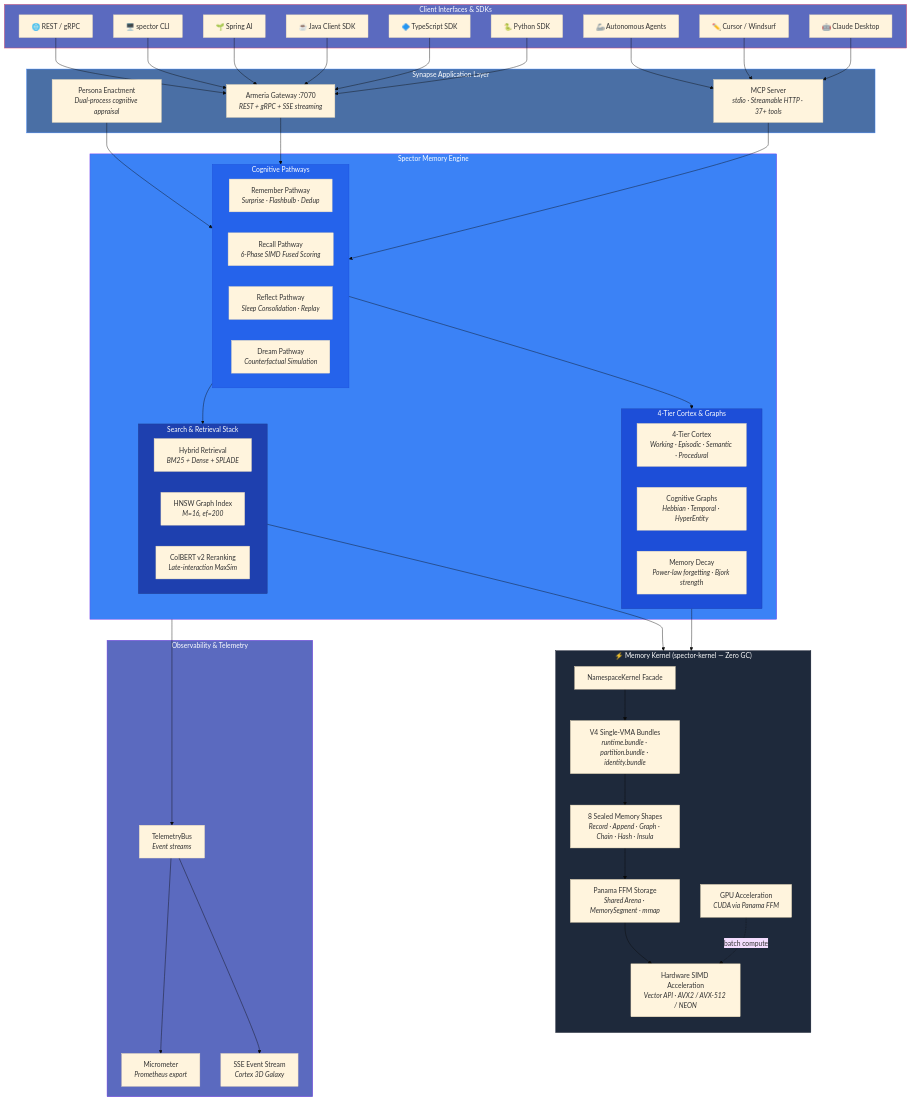
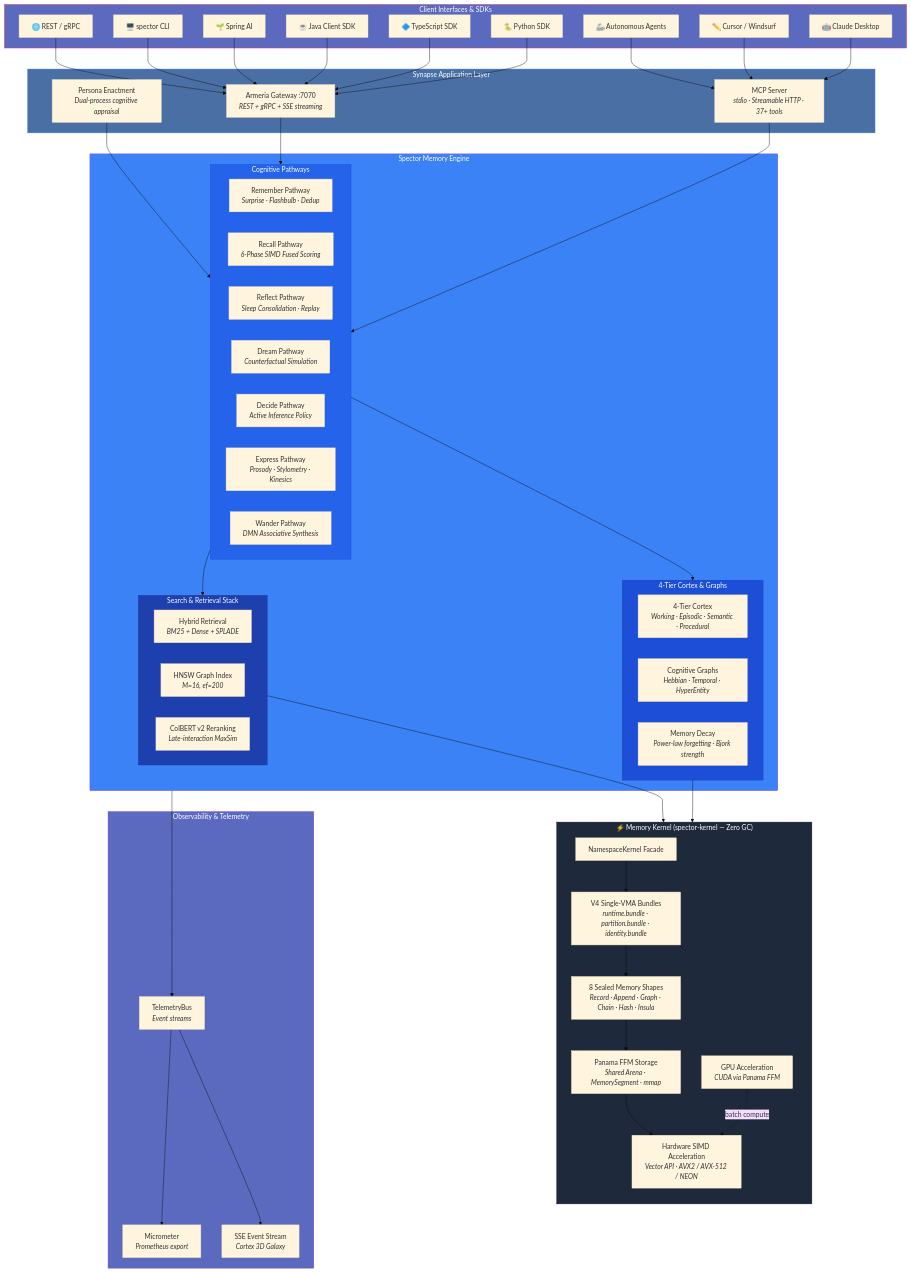
Before and after one commit to spectrayan/spector: the first of 12 diagrams in docs/architecture/overview.md, drawn with Mermaid (base theme). The commit also changed other lines of this file and 248 other files, not shown here.

First line of the commit message:
feat(pathways): Cognitive Pathway Rearchitecture (Epic #924) (#935)

```diff
--- a/docs/architecture/overview.md
+++ b/docs/architecture/overview.md
@@ -37,6 +37,9 @@
             rec["Recall Pathway<br/><i>6-Phase SIMD Fused Scoring</i>"]
             ref["Reflect Pathway<br/><i>Sleep Consolidation · Replay</i>"]
             drm["Dream Pathway<br/><i>Counterfactual Simulation</i>"]
+            dec["Decide Pathway<br/><i>Active Inference Policy</i>"]
+            exp["Express Pathway<br/><i>Prosody · Stylometry · Kinesics</i>"]
+            wan["Wander Pathway<br/><i>DMN Associative Synthesis</i>"]
         end
 
         subgraph Memory["4-Tier Cortex & Graphs"]
```
